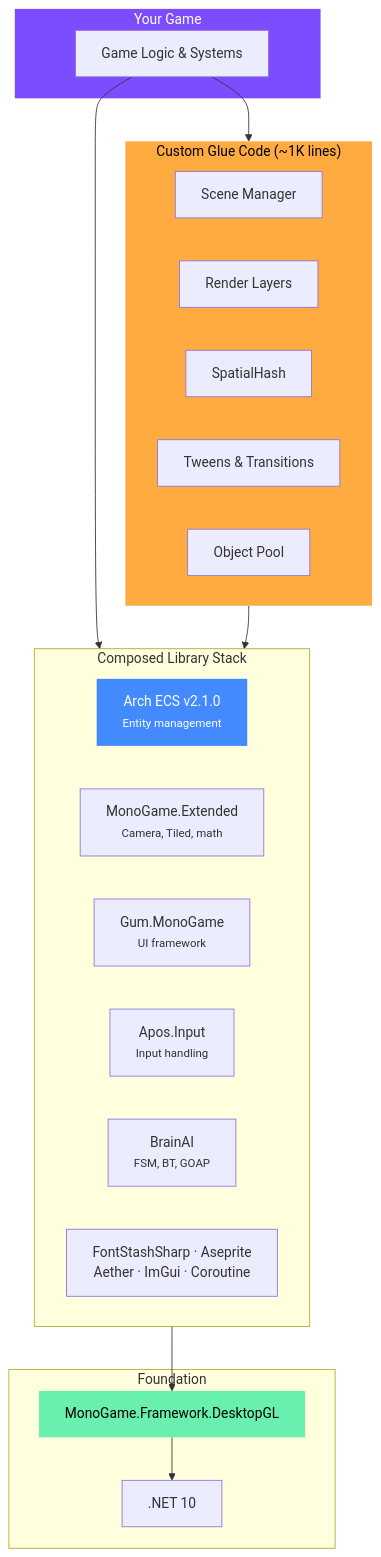
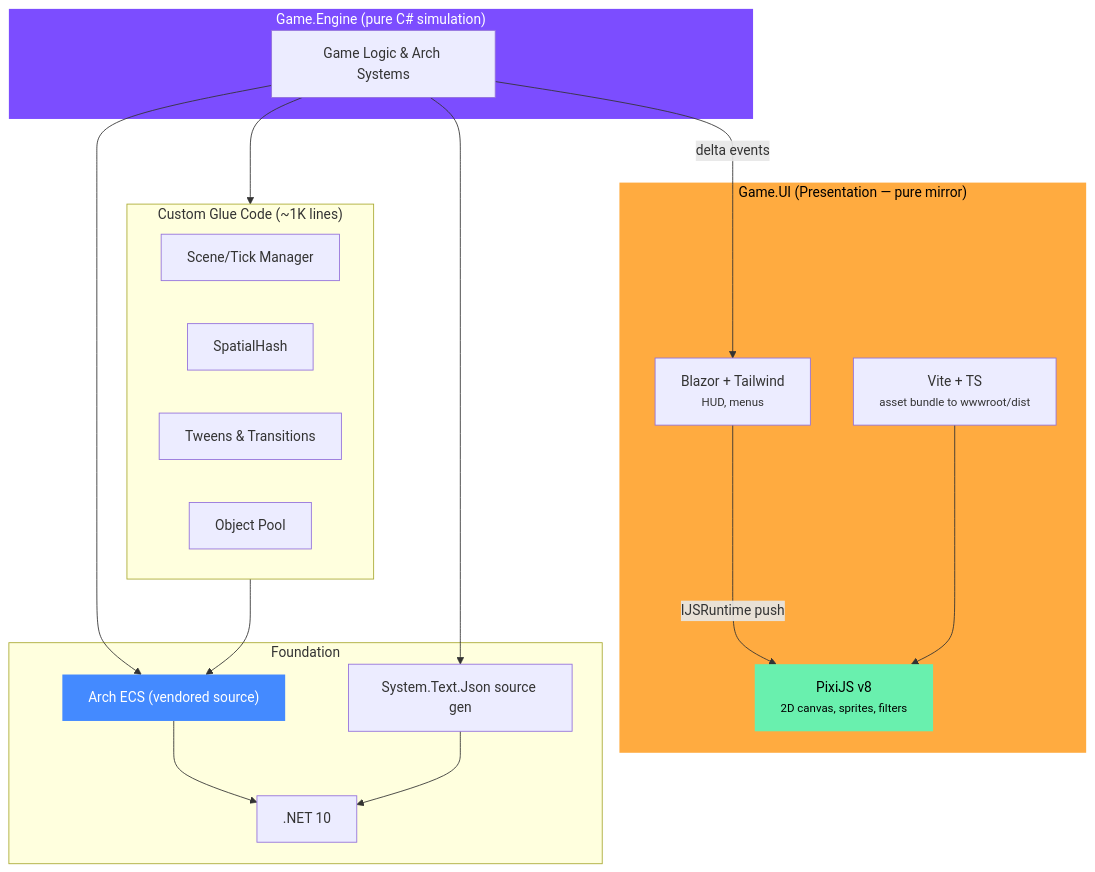
Before and after one commit to josejaviercanon/bonoboengine.blazorwasm: the diagram in docs/2d-games/E/E1_architecture_overview.md, drawn with Mermaid. The commit also changed other lines of this file and 537 other files, not shown here.

````diff
--- a/docs/2d-games/E/E1_architecture_overview.md
+++ b/docs/2d-games/E/E1_architecture_overview.md
@@ -54,39 +51,40 @@
 ```mermaid
 graph TB
-    subgraph Game["Your Game"]
-        GL["Game Logic & Systems"]
+    subgraph Game["Game.Engine (pure C# simulation)"]
+        GL["Game Logic & Arch Systems"]
     end
 
     subgraph Custom["Custom Glue Code (~1K lines)"]
-        SM["Scene Manager"]
-        RL["Render Layers"]
+        SM["Scene/Tick Manager"]
         SH["SpatialHash"]
         TW["Tweens & Transitions"]
         OP["Object Pool"]
     end
 
-    subgraph Libraries["Composed Library Stack"]
-        ARCH["Arch ECS v2.1.0<br/><small>Entity management</small>"]
-        MGE["MonoGame.Extended<br/><small>Camera, Tiled, math</small>"]
-        GUM["Gum.MonoGame<br/><small>UI framework</small>"]
-        APOS["Apos.Input<br/><small>Input handling</small>"]
-        BRAIN["BrainAI<br/><small>FSM, BT, GOAP</small>"]
-        OTHER["FontStashSharp · Aseprite<br/>Aether · ImGui · Coroutine"]
+    subgraph Presentation["Game.UI (Presentation — pure mirror)"]
+        BLZ["Blazor + Tailwind<br/><small>HUD, menus</small>"]
+        PXJ["PixiJS v8<br/><small>2D canvas, sprites, filters</small>"]
+        VITE["Vite + TS<br/><small>asset bundle to wwwroot/dist</small>"]
     end
 
     subgraph Foundation["Foundation"]
-        MG["MonoGame.Framework.DesktopGL"]
+        ARCH["Arch ECS (vendored source)"]
+        STJ["System.Text.Json source gen"]
         NET[".NET 10"]
     end
 
     GL --> Custom
-    GL --> Libraries
-    Custom --> Libraries
-    Libraries --> MG
-    MG --> NET
+    GL -->|"delta events"| BLZ
+    BLZ -->|"IJSRuntime push"| PXJ
+    VITE --> PXJ
+    Custom --> ARCH
+    GL --> ARCH
+    GL --> STJ
+    ARCH --> NET
+    STJ --> NET
 
     style Game fill:#7c4dff,color:#fff,stroke:none
-    style Custom fill:#ffab40,color:#000,stroke:none
+    style Presentation fill:#ffab40,color:#000,stroke:none
     style ARCH fill:#448aff,color:#fff,stroke:none
-    style MG fill:#69f0ae,color:#000,stroke:none
+    style PXJ fill:#69f0ae,color:#000,stroke:none
 ```
````
